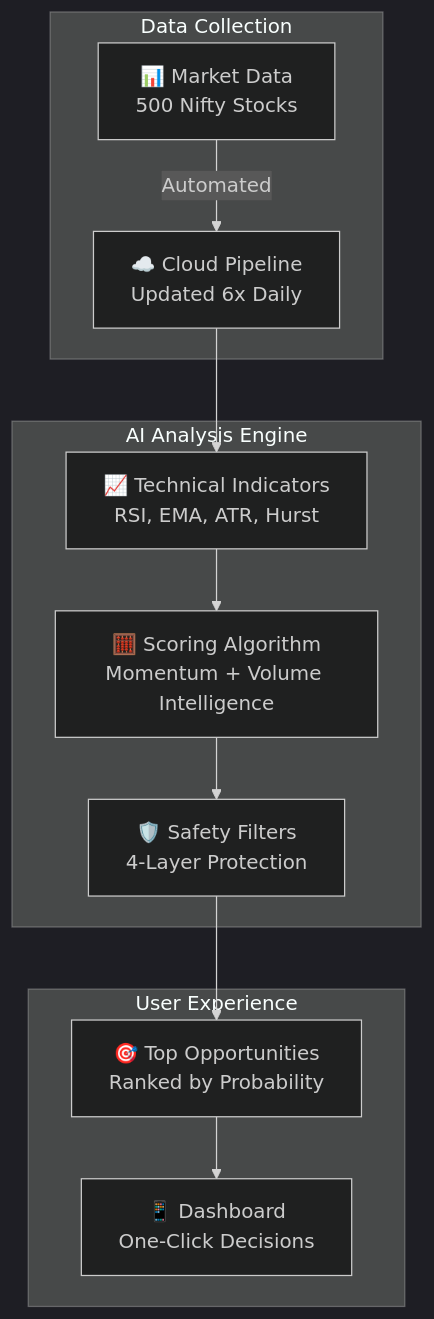
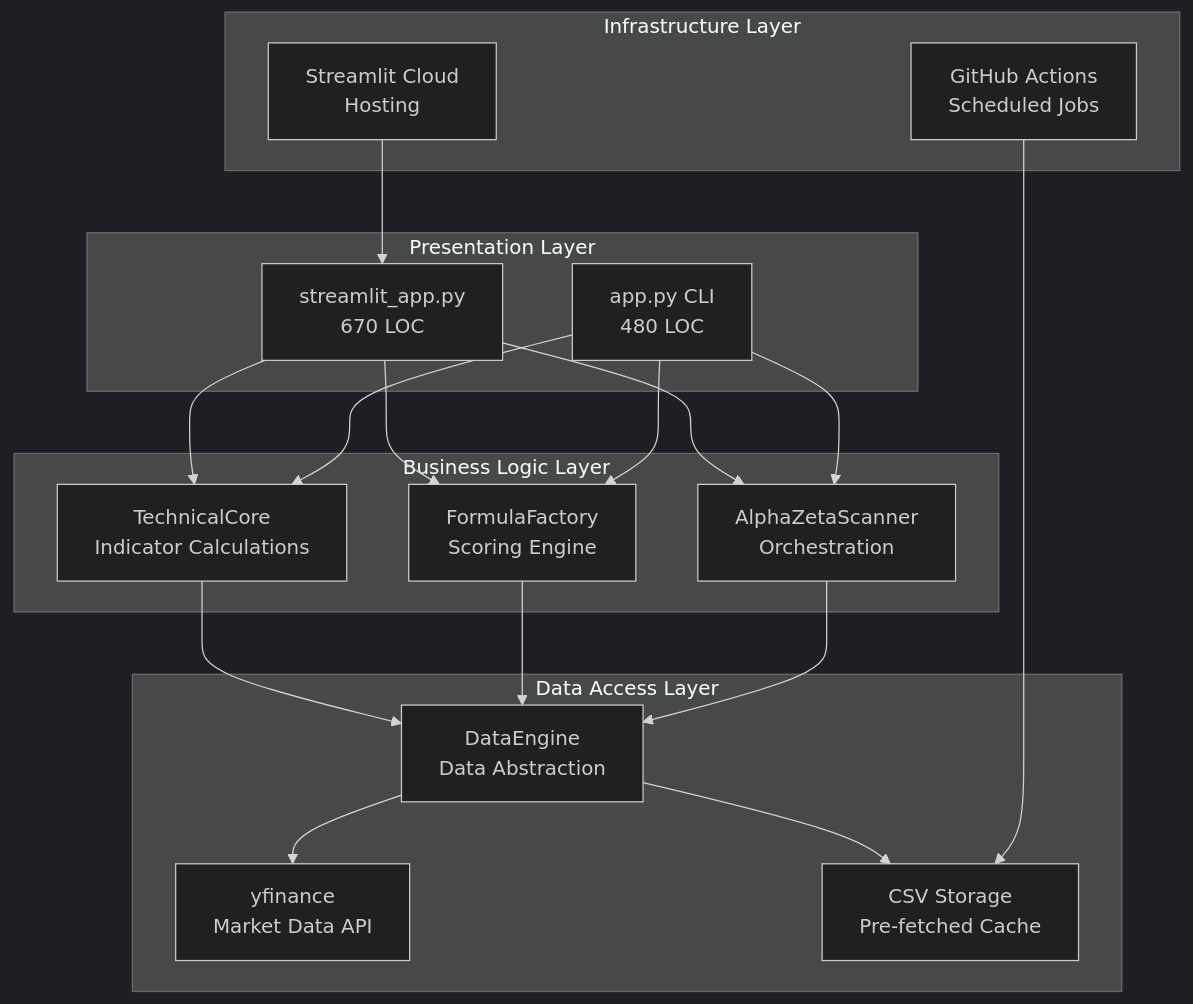
Before and after one commit to pravindev666/Tradyx-Aleph: the first of 8 diagrams in README.md, drawn with Mermaid (dark theme). The commit also changed other lines of this file, not shown here.

````diff
--- a/README.md
+++ b/README.md
@@ -50,17 +27,30 @@
 ```mermaid
 graph TB
-    subgraph "Data Collection"
-        A[📊 Market Data<br/>500 Nifty Stocks] -->|Automated| B[☁️ Cloud Pipeline<br/>Updated 6x Daily]
+    subgraph "Presentation Layer"
+        A1[streamlit_app.py<br/>670 LOC] 
+        A2[app.py CLI<br/>480 LOC]
     end
     
-    subgraph "AI Analysis Engine"
-        B --> C[📈 Technical Indicators<br/>RSI, EMA, ATR, Hurst]
-        C --> D[🧮 Scoring Algorithm<br/>Momentum + Volume Intelligence]
-        D --> E[🛡️ Safety Filters<br/>4-Layer Protection]
+    subgraph "Business Logic Layer"
+        B1[TechnicalCore<br/>Indicator Calculations]
+        B2[FormulaFactory<br/>Scoring Engine]
+        B3[AlphaZetaScanner<br/>Orchestration]
     end
     
-    subgraph "User Experience"
-        E --> F[🎯 Top Opportunities<br/>Ranked by Probability]
-        F --> G[📱 Dashboard<br/>One-Click Decisions]
+    subgraph "Data Access Layer"
+        C1[DataEngine<br/>Data Abstraction]
+        C2[yfinance<br/>Market Data API]
+        C3[CSV Storage<br/>Pre-fetched Cache]
     end
+    
+    subgraph "Infrastructure Layer"
+        D1[GitHub Actions<br/>Scheduled Jobs]
+        D2[Streamlit Cloud<br/>Hosting]
+    end
+    
+    A1 & A2 --> B1 & B2 & B3
+    B1 & B2 & B3 --> C1
+    C1 --> C2 & C3
+    D1 --> C3
+    D2 --> A1
 ```
````
